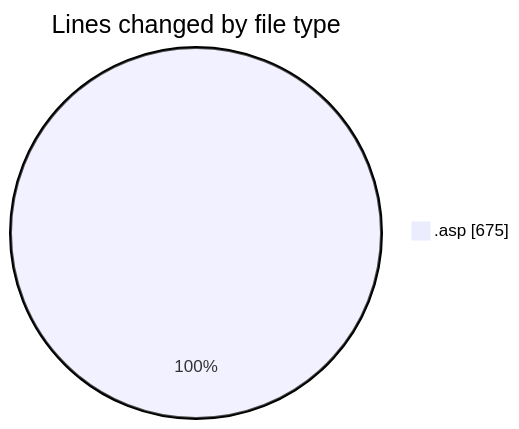
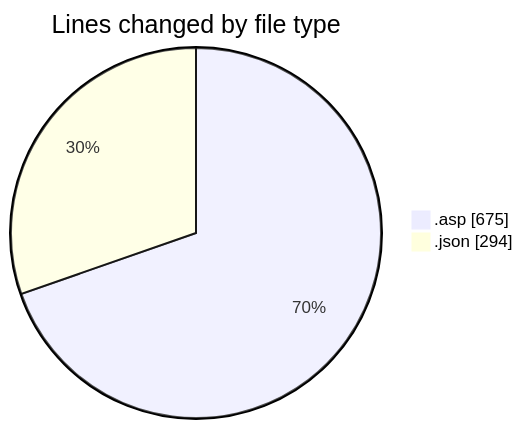
Before and after one commit to julien-gomy/code-tracking: the first of 2 diagrams in 2025-10-27/usr_aleoudev_fr__workspace_/README.md, drawn with Mermaid. The commit also changed other lines of this file and 1 other file, not shown here.

````diff
--- a/2025-10-27/usr_aleoudev_fr__workspace_/README.md
+++ b/2025-10-27/usr_aleoudev_fr__workspace_/README.md
@@ -22,5 +23,6 @@
 ```mermaid
 pie showData
 title Lines changed by file type
 ".asp" : 675
+".json" : 294
 ```
````
